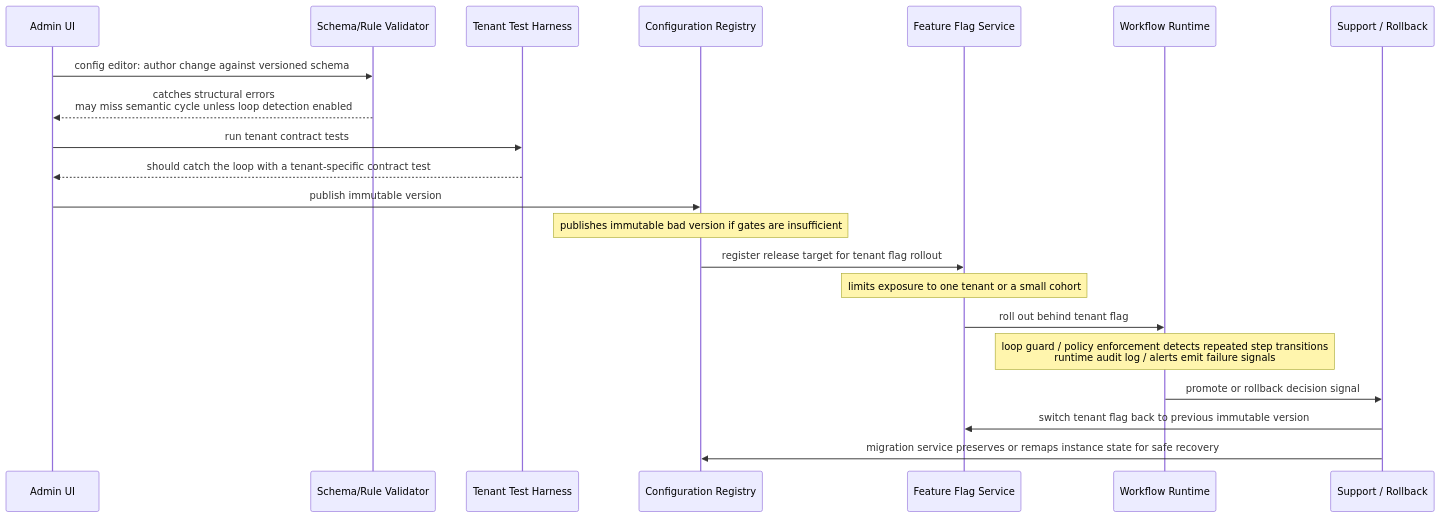
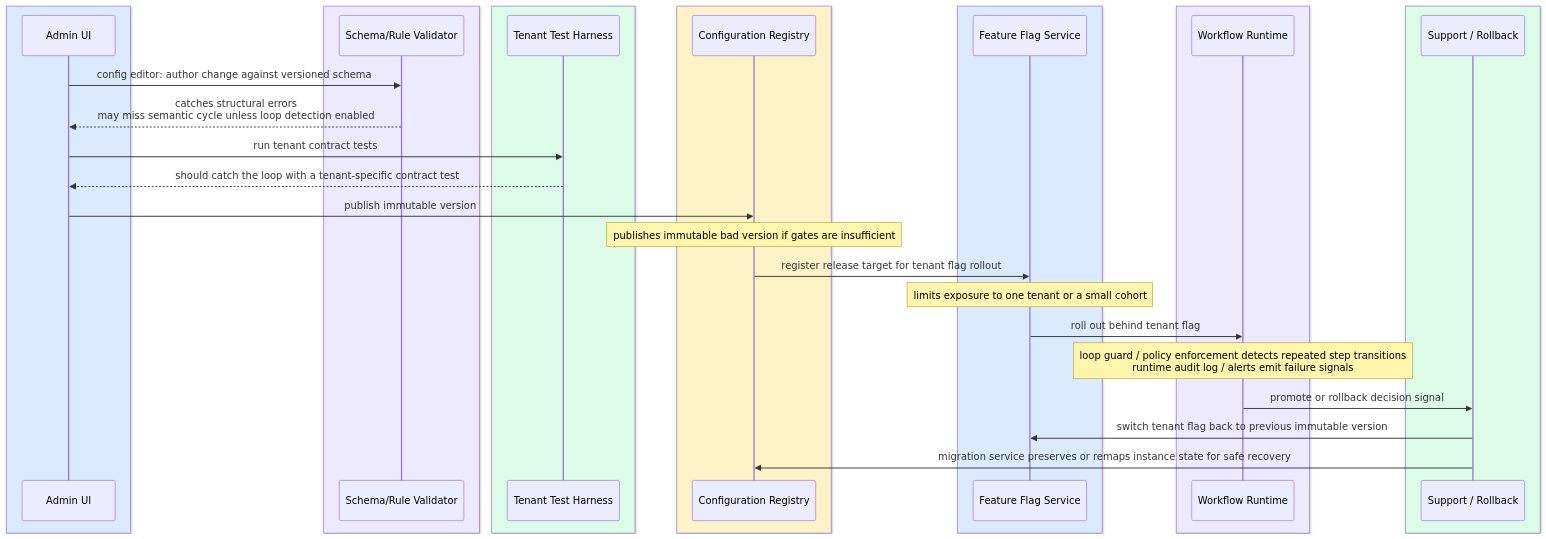
The second of 3 diagrams in 02_System_Design_Case_Studies/Standalone_Designs/25_Configurable_Platform_Customer_Workflows/3_Tutorial/25_Tutorial_Part_2.md (Sourav692/Forward-Deployed-Engineer-Interview-Prep), drawn with Mermaid before and after one commit. The commit also changed other lines of this file and 1268 other files, not shown here.

Commit message:
content: polish casebook prose and colour Mermaid diagrams

````diff
--- a/02_System_Design_Case_Studies/Standalone_Designs/25_Configurable_Platform_Customer_Workflows/3_Tutorial/25_Tutorial_Part_2.md
+++ b/02_System_Design_Case_Studies/Standalone_Designs/25_Configurable_Platform_Customer_Workflows/3_Tutorial/25_Tutorial_Part_2.md
@@ -155,24 +165,38 @@
 ```mermaid
 sequenceDiagram
-  participant AdminUI as Admin UI
-  participant Validator as Schema/Rule Validator
-  participant Harness as Tenant Test Harness
-  participant Registry as Configuration Registry
-  participant Flags as Feature Flag Service
-  participant Runtime as Workflow Runtime
-  participant Support as Support / Rollback
+  box rgb(219,234,254)
+      participant AdminUI as Admin UI
+  end
+  box rgb(237,233,254)
+      participant Validator as Schema/Rule Validator
+  end
+  box rgb(220,252,231)
+      participant Harness as Tenant Test Harness
+  end
+  box rgb(254,243,199)
+      participant Registry as Configuration Registry
+  end
+  box rgb(219,234,254)
+      participant Flags as Feature Flag Service
+  end
+  box rgb(237,233,254)
+      participant Runtime as Workflow Runtime
+  end
+  box rgb(220,252,231)
+      participant Support as Support / Rollback
+  end
 
   AdminUI->>Validator: config editor: author change against versioned schema
   Validator-->>AdminUI: catches structural errors<br/>may miss semantic cycle unless loop detection enabled
   AdminUI->>Harness: run tenant contract tests
   Harness-->>AdminUI: should catch the loop with a tenant-specific contract test
   AdminUI->>Registry: publish immutable version
   Note over Registry: publishes immutable bad version if gates are insufficient
   Registry->>Flags: register release target for tenant flag rollout
   Note over Flags: limits exposure to one tenant or a small cohort
   Flags->>Runtime: roll out behind tenant flag
   Note over Runtime: loop guard / policy enforcement detects repeated step transitions<br/>runtime audit log / alerts emit failure signals
   Runtime->>Support: promote or rollback decision signal
   Support->>Flags: switch tenant flag back to previous immutable version
   Support->>Registry: migration service preserves or remaps instance state for safe recovery
 ```
````
